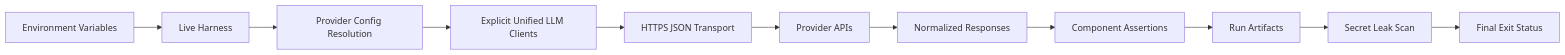
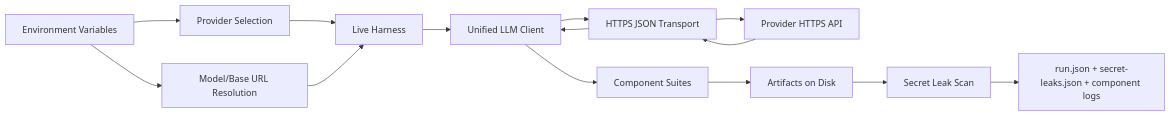
The fourth of 5 diagrams in docs/sprints/SPRINT-004-comprehensive-implementation-plan.md (jaytaylor/attractor-tcl), drawn with Mermaid before and after one commit. The commit also changed other lines of this file, not shown here.

````diff
--- a/docs/sprints/SPRINT-004-comprehensive-implementation-plan.md
+++ b/docs/sprints/SPRINT-004-comprehensive-implementation-plan.md
@@ -1189,13 +801,16 @@
 ```mermaid
 flowchart LR
-  ENV[Environment Variables] --> HARNESS[Live Harness]
-  HARNESS --> CFG[Provider Config Resolution]
-  CFG --> CLIENTS[Explicit Unified LLM Clients]
-  CLIENTS --> HTTP[HTTPS JSON Transport]
-  HTTP --> PROVIDERS[Provider APIs]
-  PROVIDERS --> RESP[Normalized Responses]
-  RESP --> TESTS[Component Assertions]
-  TESTS --> ARTIFACTS[Run Artifacts]
-  ARTIFACTS --> SCAN[Secret Leak Scan]
-  SCAN --> RESULT[Final Exit Status]
+  ENV[Environment Variables] --> SEL[Provider Selection]
+  ENV --> CFG[Model/Base URL Resolution]
+  SEL --> HARNESS[Live Harness]
+  CFG --> HARNESS
+  HARNESS --> ULLM[Unified LLM Client]
+  ULLM --> TRANSPORT[HTTPS JSON Transport]
+  TRANSPORT --> API[Provider HTTPS API]
+  API --> TRANSPORT
+  TRANSPORT --> ULLM
+  ULLM --> COMP[Component Suites]
+  COMP --> ART[Artifacts on Disk]
+  ART --> SCAN[Secret Leak Scan]
+  SCAN --> REPORT[run.json + secret-leaks.json + component logs]
 ```
````
